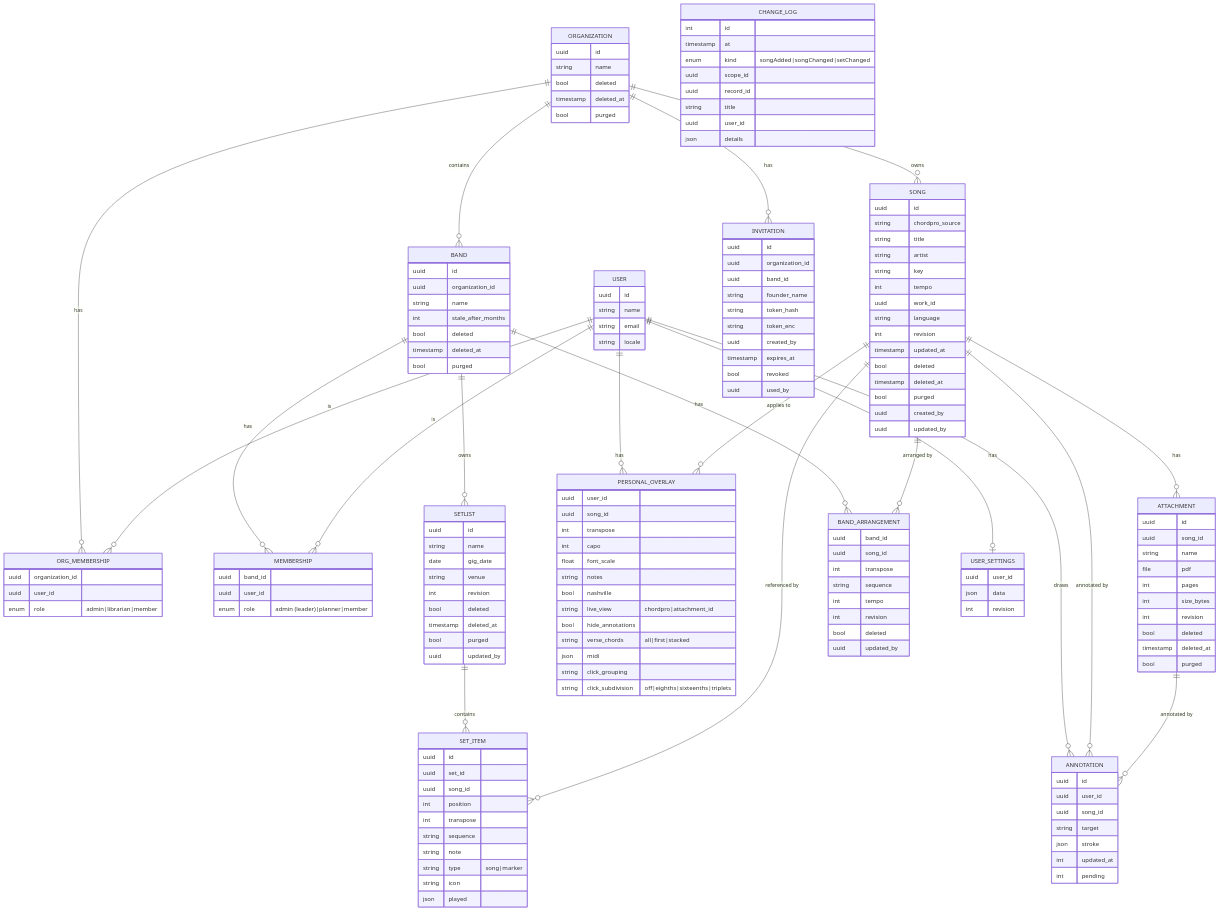
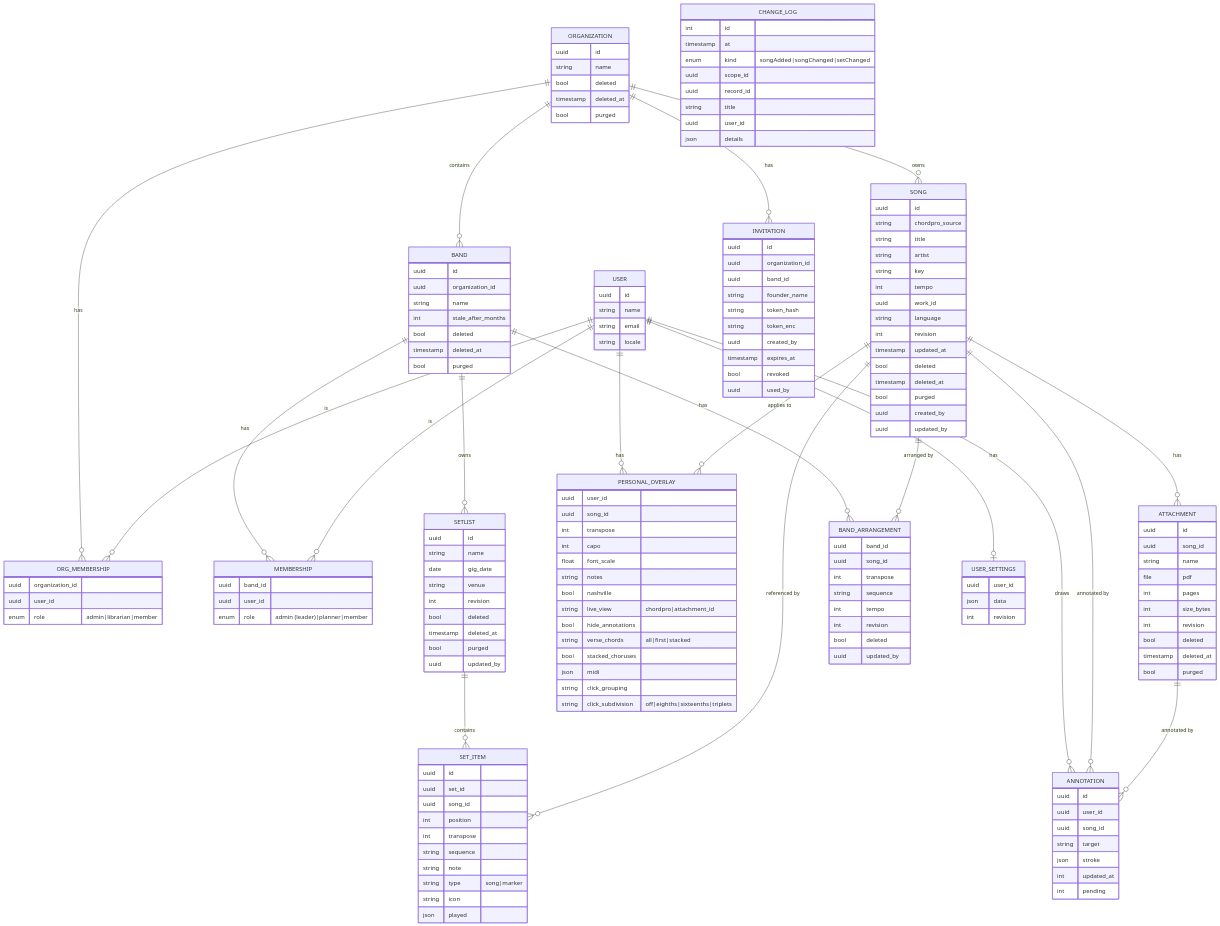
One commit to setDING/setDING changed the second of 2 diagrams in docs/architecture/README.md. Above: the diagram before and after it, drawn with Mermaid. The commit also changed other lines of this file and 36 other files, not shown here.

````diff
--- a/docs/architecture/README.md
+++ b/docs/architecture/README.md
@@ -151,38 +151,38 @@
 ```mermaid
 erDiagram
     ORGANIZATION ||--o{ ORG_MEMBERSHIP : has
     USER ||--o{ ORG_MEMBERSHIP : is
     ORGANIZATION ||--o{ BAND : contains
     ORGANIZATION ||--o{ SONG : owns
     BAND ||--o{ MEMBERSHIP : has
     USER ||--o{ MEMBERSHIP : is
     BAND ||--o{ SETLIST : owns
     SETLIST ||--o{ SET_ITEM : contains
     SONG ||--o{ SET_ITEM : "referenced by"
     USER ||--o{ PERSONAL_OVERLAY : has
     SONG ||--o{ PERSONAL_OVERLAY : "applies to"
     USER ||--o{ ANNOTATION : draws
     SONG ||--o{ ANNOTATION : "annotated by"
     ATTACHMENT ||--o{ ANNOTATION : "annotated by"
     BAND ||--o{ BAND_ARRANGEMENT : has
     SONG ||--o{ BAND_ARRANGEMENT : "arranged by"
     SONG ||--o{ ATTACHMENT : has
     ORGANIZATION ||--o{ INVITATION : has
     USER ||--o| USER_SETTINGS : has
 
     ORGANIZATION { uuid id string name bool deleted timestamp deleted_at bool purged }
     ORG_MEMBERSHIP { uuid organization_id uuid user_id enum role "admin|librarian|member" }
     BAND { uuid id uuid organization_id string name int stale_after_months bool deleted timestamp deleted_at bool purged }
     USER { uuid id string name string email string locale }
     MEMBERSHIP { uuid band_id uuid user_id enum role "admin (leader)|planner|member" }
     SONG { uuid id string chordpro_source string title string artist string key int tempo uuid work_id string language int revision timestamp updated_at bool deleted timestamp deleted_at bool purged uuid created_by uuid updated_by }
     SETLIST { uuid id string name date gig_date string venue int revision bool deleted timestamp deleted_at bool purged uuid updated_by }
     SET_ITEM { uuid id uuid set_id uuid song_id int position int transpose string sequence string note string type "song|marker" string icon json played }
-    PERSONAL_OVERLAY { uuid user_id uuid song_id int transpose int capo float font_scale string notes bool nashville string live_view "chordpro|attachment_id" bool hide_annotations string verse_chords "all|first|stacked" json midi string click_grouping string click_subdivision "off|eighths|sixteenths|triplets" }
+    PERSONAL_OVERLAY { uuid user_id uuid song_id int transpose int capo float font_scale string notes bool nashville string live_view "chordpro|attachment_id" bool hide_annotations string verse_chords "all|first|stacked" bool stacked_choruses json midi string click_grouping string click_subdivision "off|eighths|sixteenths|triplets" }
     ANNOTATION { uuid id uuid user_id uuid song_id string target json stroke int updated_at int pending }
     BAND_ARRANGEMENT { uuid band_id uuid song_id int transpose string sequence int tempo int revision bool deleted uuid updated_by }
     ATTACHMENT { uuid id uuid song_id string name file pdf int pages int size_bytes int revision bool deleted timestamp deleted_at bool purged }
     USER_SETTINGS { uuid user_id json data int revision }
     INVITATION { uuid id uuid organization_id uuid band_id string founder_name string token_hash string token_enc uuid created_by timestamp expires_at bool revoked uuid used_by }
     CHANGE_LOG { int id timestamp at enum kind "songAdded|songChanged|setChanged" uuid scope_id uuid record_id string title uuid user_id json details }
 ```
````
